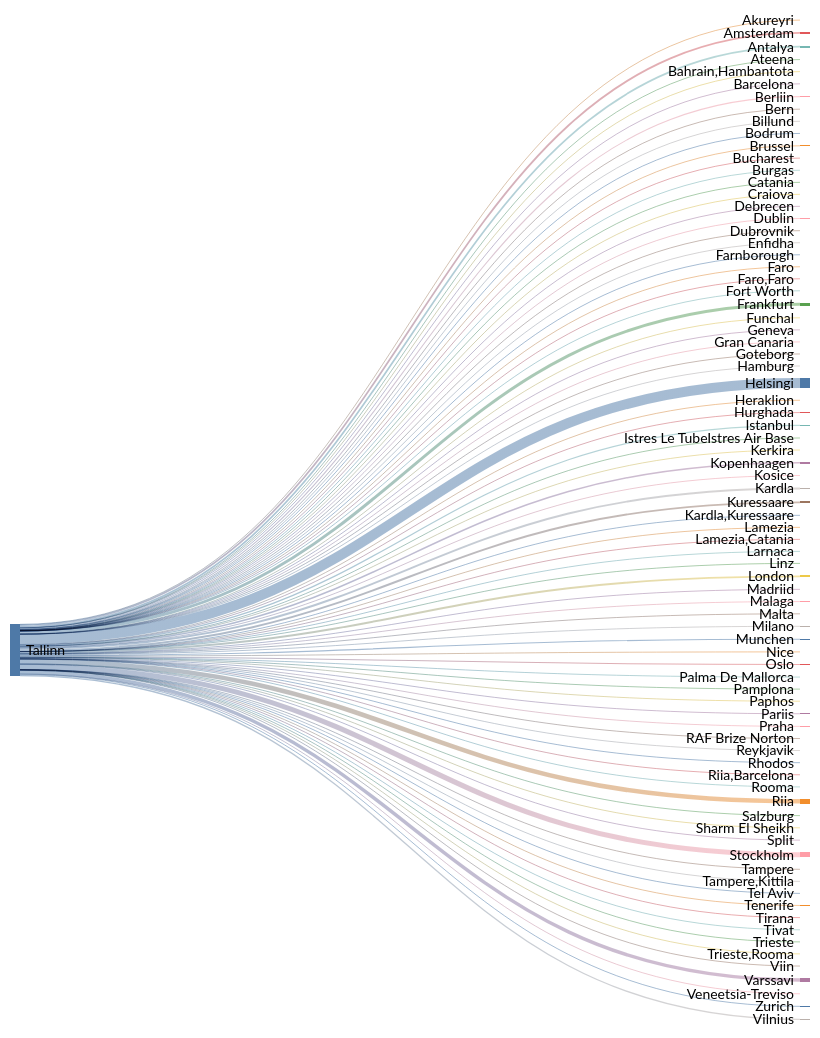
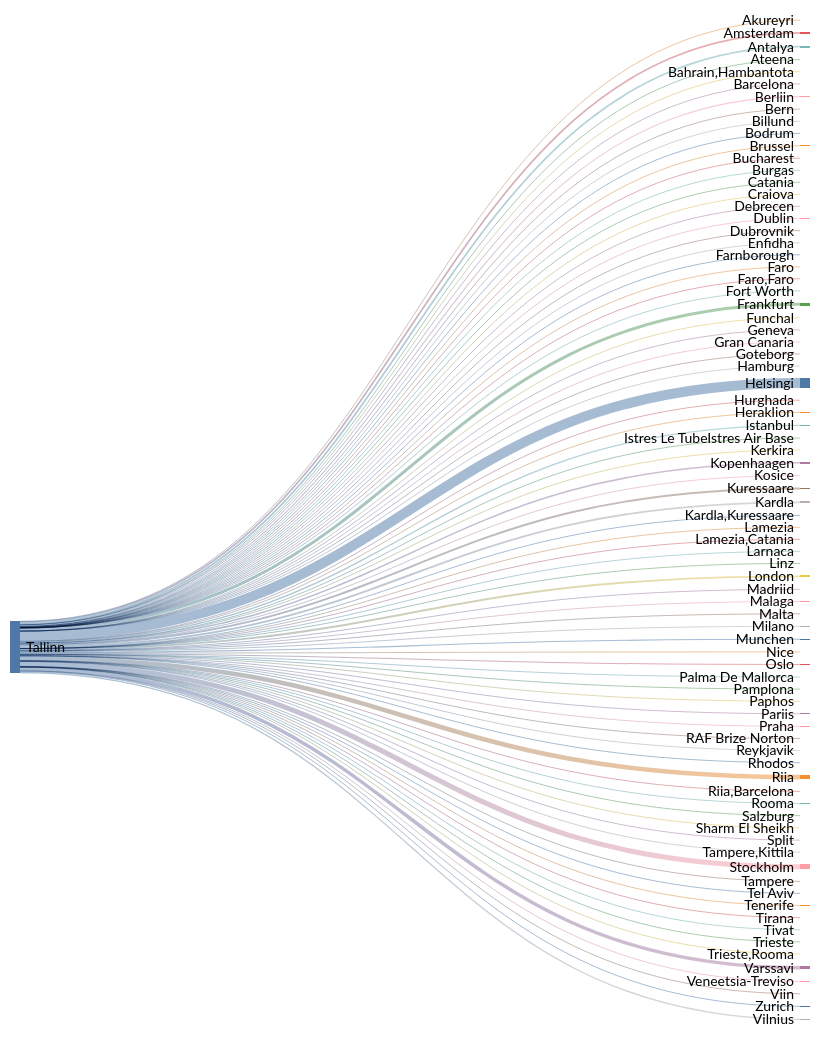
Before and after one commit to rainermesi/tll-airport-departures: the second of 2 diagrams in README.md, drawn with Mermaid (forest theme). The commit also changed other lines of this file and 1 other file, not shown here.

````diff
--- a/README.md
+++ b/README.md
@@ -42,8 +42,8 @@
 sankey-beta
 %% source,target,value
 Tallinn,Akureyri,1
-Tallinn,Amsterdam,607
-Tallinn,Antalya,599
+Tallinn,Amsterdam,609
+Tallinn,Antalya,603
 Tallinn,Ateena,16
 Tallinn,"Bahrain,Hambantota",1
 Tallinn,Barcelona,171
@@ -51,7 +51,7 @@
 Tallinn,Bern,1
 Tallinn,Billund,87
 Tallinn,Bodrum,16
-Tallinn,Brussel,232
+Tallinn,Brussel,233
 Tallinn,Bucharest,1
 Tallinn,Burgas,67
 Tallinn,Catania,2
@@ -64,50 +64,50 @@
 Tallinn,Faro,4
 Tallinn,"Faro,Faro",1
 Tallinn,Fort Worth,1
-Tallinn,Frankfurt,1050
-Tallinn,Funchal,10
+Tallinn,Frankfurt,1053
+Tallinn,Funchal,11
 Tallinn,Geneva,13
 Tallinn,Gran Canaria,38
 Tallinn,Goteborg,2
 Tallinn,Hamburg,2
-Tallinn,Helsingi,3519
+Tallinn,Helsingi,3528
 Tallinn,Heraklion,145
 Tallinn,Hurghada,82
-Tallinn,Istanbul,456
+Tallinn,Istanbul,458
 Tallinn,Istres Le TubeIstres Air Base,2
 Tallinn,Kerkira,4
-Tallinn,Kopenhaagen,525
+Tallinn,Kopenhaagen,529
 Tallinn,Kosice,1
-Tallinn,Kuressaare,667
-Tallinn,Kardla,669
+Tallinn,Kuressaare,668
+Tallinn,Kardla,670
 Tallinn,"Kardla,Kuressaare",1
 Tallinn,Lamezia,6
 Tallinn,"Lamezia,Catania",3
 Tallinn,Larnaca,10
 Tallinn,Linz,2
-Tallinn,London,680
+Tallinn,London,681
 Tallinn,Madriid,5
 Tallinn,Malaga,146
 Tallinn,Malta,38
 Tallinn,Milano,289
 Tallinn,Munchen,381
-Tallinn,Nice,69
-Tallinn,Oslo,352
+Tallinn,Nice,70
+Tallinn,Oslo,353
 Tallinn,Palma De Mallorca,41
 Tallinn,Pamplona,1
 Tallinn,Paphos,66
-Tallinn,Pariis,315
+Tallinn,Pariis,316
 Tallinn,Praha,104
 Tallinn,RAF Brize Norton,1
 Tallinn,Reykjavik,20
 Tallinn,Rhodos,77
-Tallinn,Riia,1604
+Tallinn,Riia,1608
 Tallinn,"Riia,Barcelona",1
 Tallinn,Rooma,80
 Tallinn,Salzburg,14
-Tallinn,Sharm El Sheikh,127
+Tallinn,Sharm El Sheikh,129
 Tallinn,Split,70
-Tallinn,Stockholm,1768
+Tallinn,Stockholm,1772
 Tallinn,Tampere,17
 Tallinn,"Tampere,Kittila",21
 Tallinn,Tel Aviv,2
@@ -116,11 +116,11 @@
 Tallinn,Tivat,80
 Tallinn,Trieste,1
 Tallinn,"Trieste,Rooma",1
-Tallinn,Varssavi,1223
+Tallinn,Varssavi,1227
 Tallinn,Veneetsia-Treviso,67
 Tallinn,Viin,106
-Tallinn,Vilnius,448
-Tallinn,Zurich,317
+Tallinn,Vilnius,449
+Tallinn,Zurich,318
 
 
 ```
````
